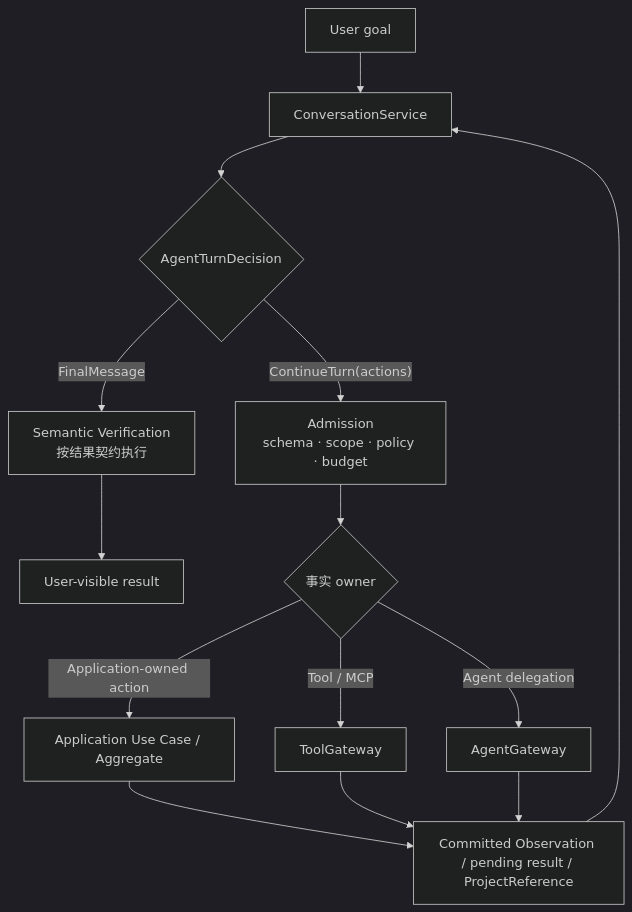
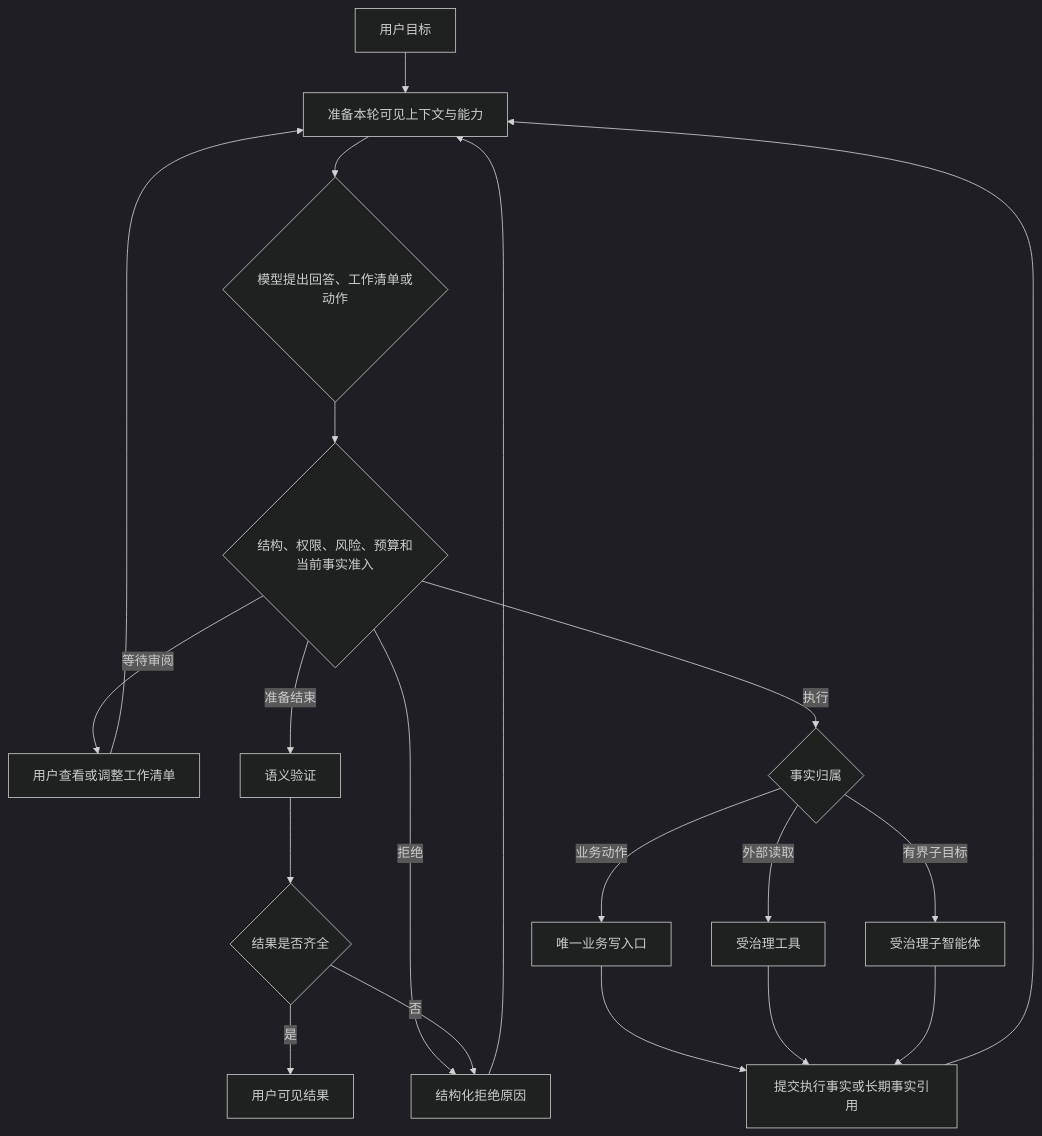
Before and after one commit to SkyLiberation/personalAgent: the diagram in docs/interview/01-project-story.md, drawn with Mermaid (dark theme). The commit also changed other lines of this file and 69 other files, not shown here.

````diff
--- a/docs/interview/01-project-story.md
+++ b/docs/interview/01-project-story.md
@@ -22,16 +22,22 @@
 ```mermaid
 flowchart TB
-    U["User goal"] --> C["ConversationService"]
-    C --> D{"AgentTurnDecision"}
-    D -->|"FinalMessage"| V["Semantic Verification<br/>按结果契约执行"]
-    V --> F["User-visible result"]
-    D -->|"ContinueTurn(actions)"| AD["Admission<br/>schema · scope · policy · budget"]
-    AD --> O{"事实 owner"}
-    O -->|"Application-owned action"| APP["Application Use Case / Aggregate"]
-    O -->|"Tool / MCP"| TG["ToolGateway"]
-    O -->|"Agent delegation"| AG["AgentGateway"]
-    APP --> R["Committed Observation / pending result / ProjectReference"]
-    TG --> R
-    AG --> R
+    U["用户目标"] --> C["准备本轮可见上下文与能力"]
+    C --> M{"模型提出回答、工作清单或动作"}
+    M --> A{"结构、权限、风险、预算和当前事实准入"}
+    A -->|"拒绝"| FB["结构化拒绝原因"]
+    FB --> C
+    A -->|"等待审阅"| R["用户查看或调整工作清单"]
     R --> C
+    A -->|"执行"| O{"事实归属"}
+    O -->|"业务动作"| B["唯一业务写入口"]
+    O -->|"外部读取"| T["受治理工具"]
+    O -->|"有界子目标"| S["受治理子智能体"]
+    B --> J["提交执行事实或长期事实引用"]
+    T --> J
+    S --> J
+    J --> C
+    A -->|"准备结束"| V["语义验证"]
+    V --> G{"结果是否齐全"}
+    G -->|"否"| FB
+    G -->|"是"| F["用户可见结果"]
 ```
````
